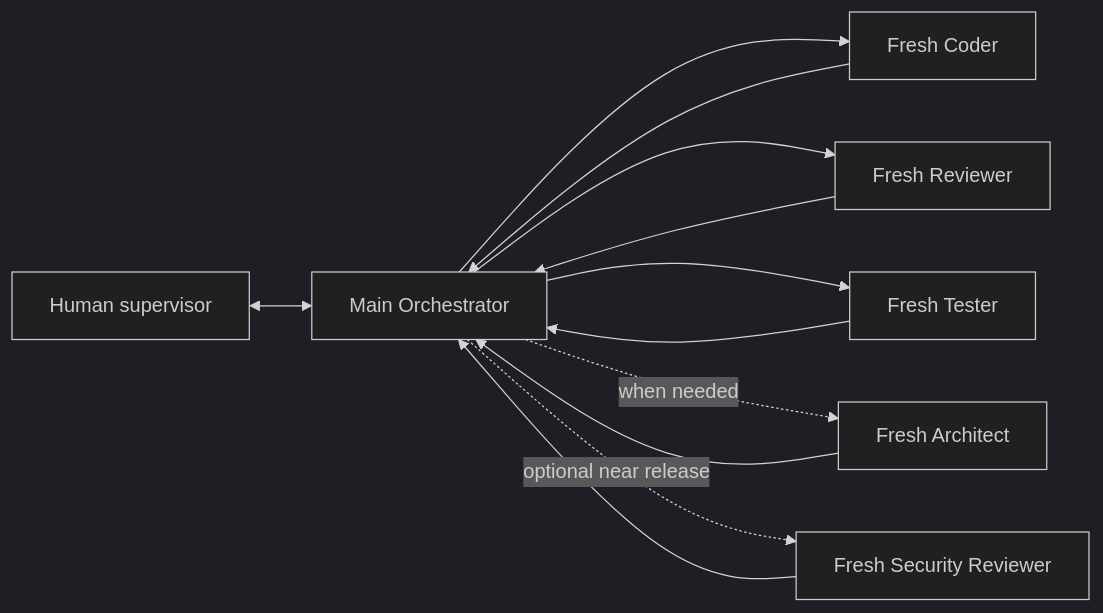
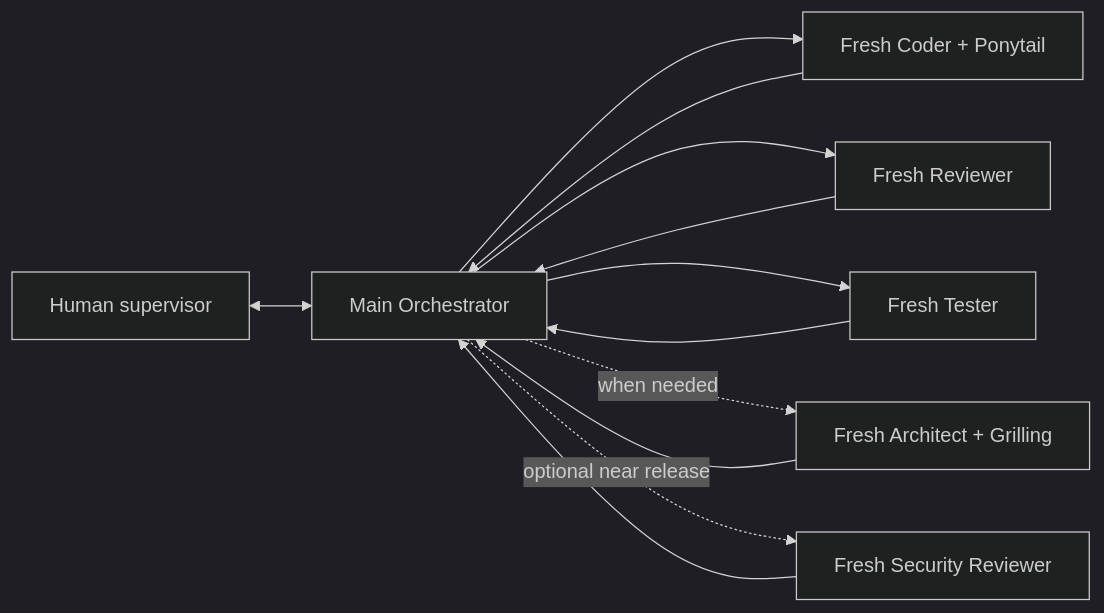
Before and after one commit to Pavan-Gopa/Pavans-Workflow: the diagram in README.md, drawn with Mermaid (dark theme). The commit also changed other lines of this file and 29 other files, not shown here.

````diff
--- a/README.md
+++ b/README.md
@@ -30,14 +40,14 @@
 ```mermaid
 flowchart LR
     H[Human supervisor] <--> O[Main Orchestrator]
-    O --> C[Fresh Coder]
+    O --> C[Fresh Coder + Ponytail]
     C --> O
     O --> R[Fresh Reviewer]
     R --> O
     O --> T[Fresh Tester]
     T --> O
-    O -. when needed .-> A[Fresh Architect]
+    O -. when needed .-> A[Fresh Architect + Grilling]
     A --> O
     O -. optional near release .-> S[Fresh Security Reviewer]
     S --> O
 ```
````
